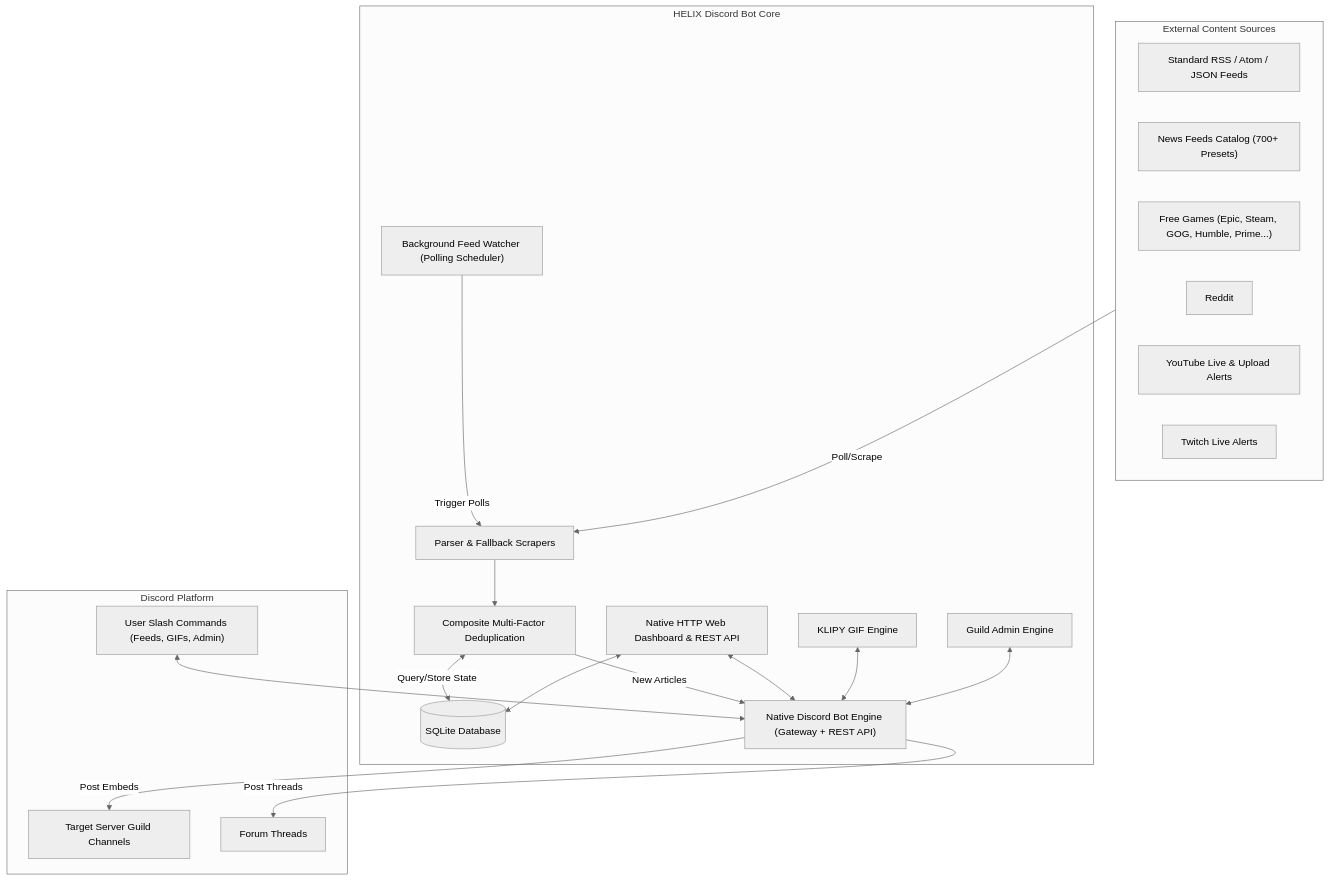
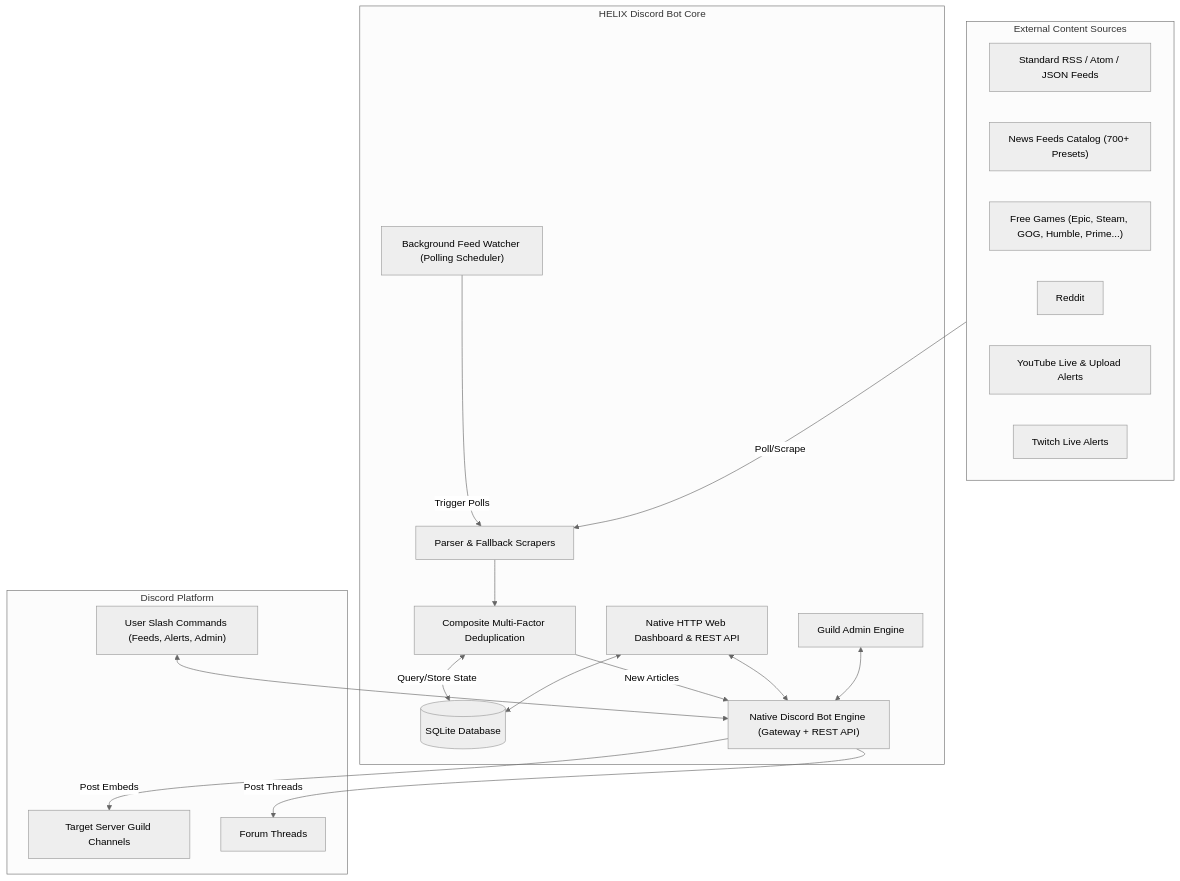
Before and after one commit to HELIX-Origin/HELIX-Discord-Bot: the diagram in wiki/HOME.md, drawn with Mermaid (neutral theme). The commit also changed other lines of this file and 69 other files, not shown here.

````diff
--- a/wiki/HOME.md
+++ b/wiki/HOME.md
@@ -29,41 +28,39 @@
 ```mermaid
 flowchart TD
     subgraph Sources["External Content Sources"]
         RSS["Standard RSS / Atom / JSON Feeds"]
         News["News Feeds Catalog (700+ Presets)"]
         Games["Free Games (Epic, Steam, GOG, Humble, Prime...)"]
         Social["Reddit"]
         YouTube["YouTube Live & Upload Alerts"]
         Twitch["Twitch Live Alerts"]
     end
 
     subgraph CoreEngine["HELIX Discord Bot Core"]
         Watcher["Background Feed Watcher (Polling Scheduler)"]
         Parser["Parser & Fallback Scrapers"]
         Dedup["Composite Multi-Factor Deduplication"]
         DB[(SQLite Database)]
         Bot["Native Discord Bot Engine (Gateway + REST API)"]
         Web["Native HTTP Web Dashboard & REST API"]
-        GIF["KLIPY GIF Engine"]
         Admin["Guild Admin Engine"]
     end
 
     subgraph Discord["Discord Platform"]
         Channels["Target Server Guild Channels"]
         Threads["Forum Threads"]
-        SlashCmd["User Slash Commands (Feeds, GIFs, Admin)"]
+        SlashCmd["User Slash Commands (Feeds, Alerts, Admin)"]
     end
 
     Sources -->|Poll/Scrape| Parser
     Watcher -->|Trigger Polls| Parser
     Parser --> Dedup
     Dedup <-->|Query/Store State| DB
     Dedup -->|New Articles| Bot
     Bot -->|Post Embeds| Channels
     Bot -->|Post Threads| Threads
     SlashCmd <--> Bot
     Web <--> DB
     Web <--> Bot
-    GIF <--> Bot
     Admin <--> Bot
 ```
````
